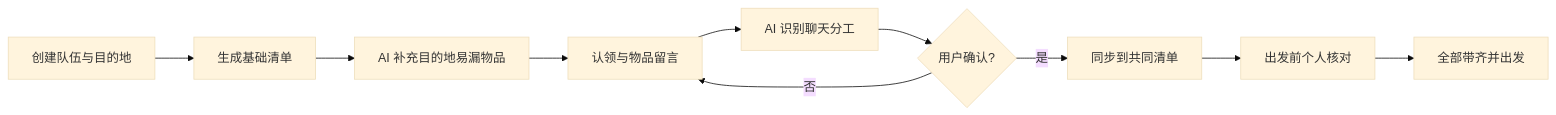
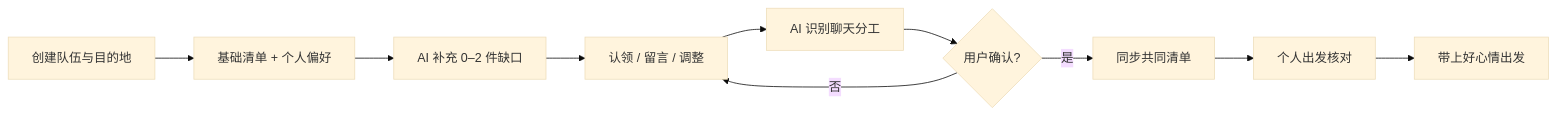
One commit to candy-zy/daiqi-ai-packlist changed the diagram in README.md. Above: the diagram before and after it, drawn with Mermaid (base theme). The commit also changed other lines of this file and 9 other files, not shown here.

````diff
--- a/README.md
+++ b/README.md
@@ -63,12 +75,12 @@
 ```mermaid
 flowchart LR
-  A[创建队伍与目的地] --> B[生成基础清单]
-  B --> C[AI 补充目的地易漏物品]
-  C --> D[认领与物品留言]
+  A[创建队伍与目的地] --> B[基础清单 + 个人偏好]
+  B --> C[AI 补充 0–2 件缺口]
+  C --> D[认领 / 留言 / 调整]
   D --> E[AI 识别聊天分工]
   E --> F{用户确认?}
-  F -- 是 --> G[同步到共同清单]
+  F -- 是 --> G[同步共同清单]
   F -- 否 --> D
-  G --> H[出发前个人核对]
-  H --> I[全部带齐并出发]
+  G --> H[个人出发核对]
+  H --> I[带上好心情出发]
 ```
````
